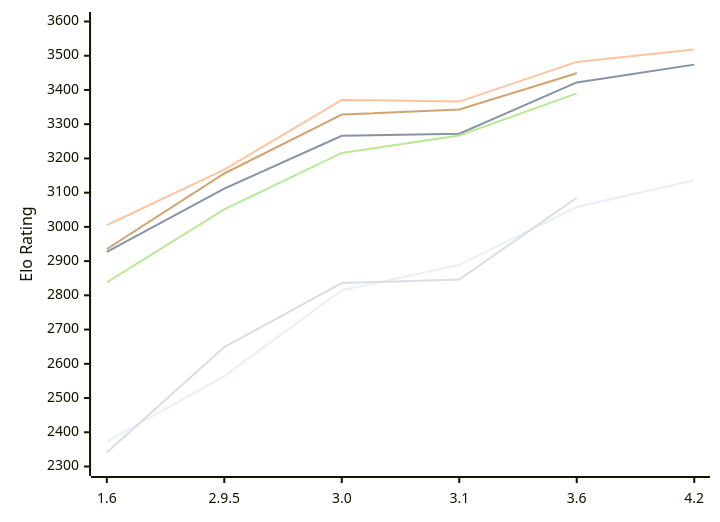
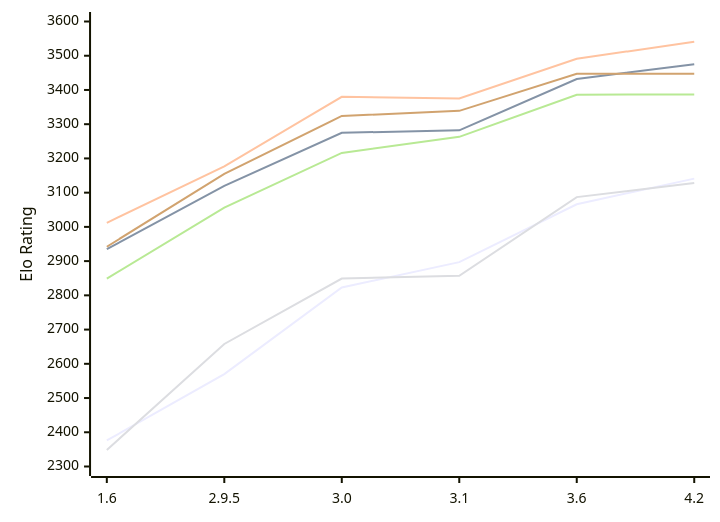
One commit to computer-chess-index/cci changed the diagram in engines/Chessenger.md. Above: the diagram before and after it, drawn with Mermaid. The commit also changed other lines of this file, not shown here.

Commit message:
Update CCI Ratings (ELO VLTC) - 2026-11-16

````diff
--- a/engines/Chessenger.md
+++ b/engines/Chessenger.md
@@ -56,12 +57,12 @@
 ```mermaid
 %%{init: {"theme":"base","themeVariables":{"seriesColors:['#a3a3a3','#222221','#faa371']}}}%%
 xychart-beta
   x-axis ["1.6", "2.9.5", "3.0", "3.1", "3.6", "4.2"]
   y-axis "Elo Rating" 2300 --> 3600
-  line "E1: STC (8.0+0.08s)" [2373, 2564, 2815, 2889, 3058, 3136]
-  line "E1: LTC (60.0+0.60s)" [2927, 3112, 3266, 3272, 3422, 3474]
-  line "E1: VLTC (2m24s+1.12s)" [3005, 3167, 3371, 3366, 3482, 3518]
-  line "P1: STC (8.0+0.08s)" [2341, 2649, 2836, 2846, 3085]
-  line "P1: LTC (60.0+0.60s)" [2838, 3051, 3216, 3267, 3390]
-  line "P1: VLTC (2m24s+1.12s)" [2935, 3156, 3328, 3343, 3449]
+  line "E1: STC (8.0+0.08s)" [2376, 2570, 2823, 2897, 3066, 3141]
+  line "E1: LTC (60.0+0.60s)" [2935, 3120, 3275, 3282, 3432, 3475]
+  line "E1: VLTC (2m24s+1.12s)" [3012, 3177, 3380, 3375, 3491, 3541]
+  line "P1: STC (8.0+0.08s)" [2348, 2658, 2849, 2857, 3087, 3128]
+  line "P1: LTC (60.0+0.60s)" [2849, 3056, 3216, 3263, 3386, 3387]
+  line "P1: VLTC (2m24s+1.12s)" [2942, 3155, 3324, 3339, 3447, 3447]
 ```
````
